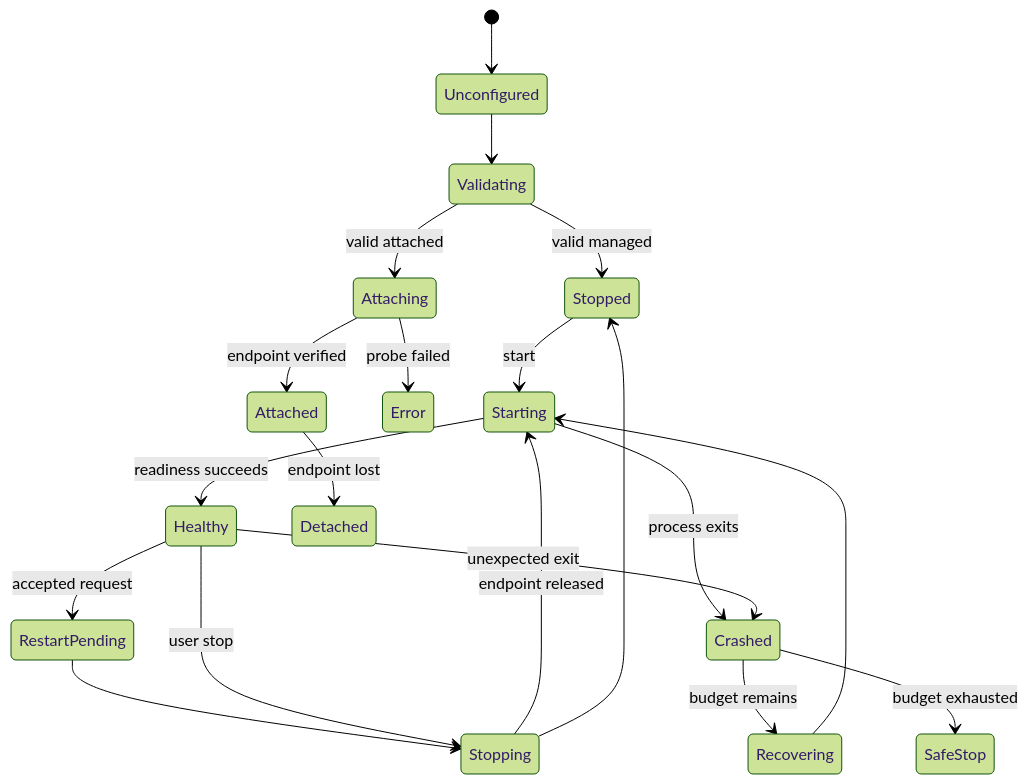
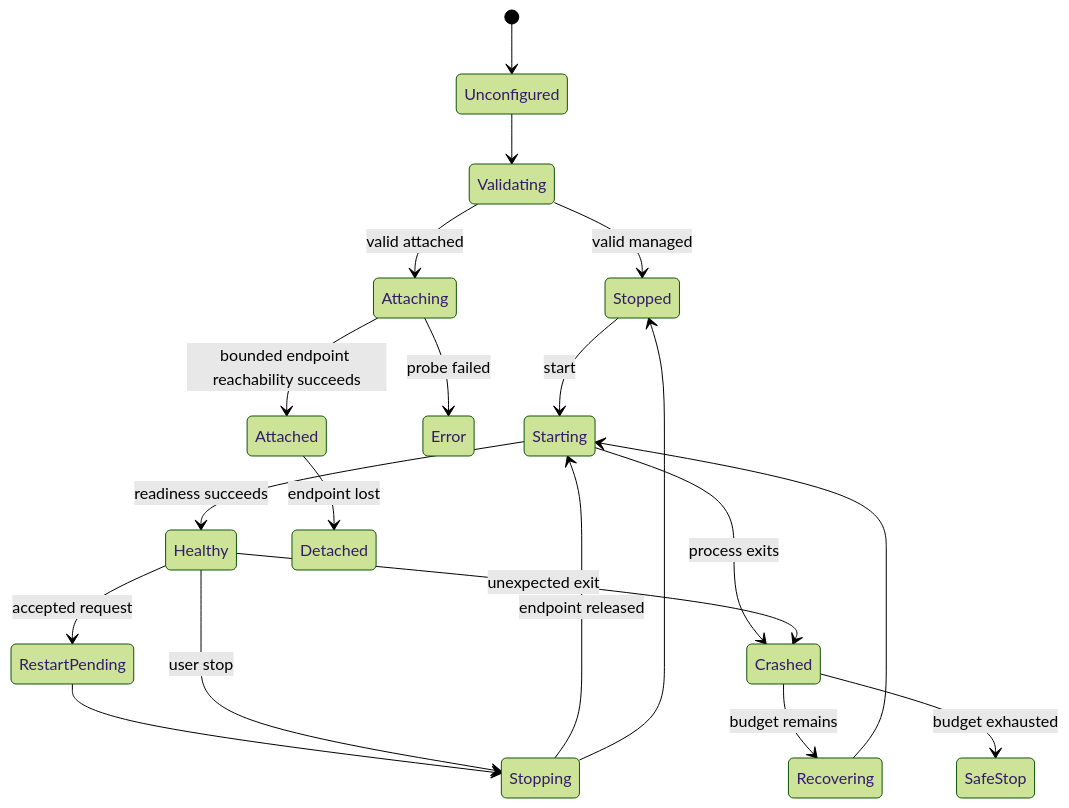
The diagram in docs/architecture/LIFECYCLE.md (Icstick/dsh-desktop-shell), drawn with Mermaid (forest theme) before and after one commit. The commit also changed other lines of this file and 241 other files, not shown here.

````diff
--- a/docs/architecture/LIFECYCLE.md
+++ b/docs/architecture/LIFECYCLE.md
@@ -5,22 +5,22 @@
 ```mermaid
 stateDiagram-v2
     [*] --> Unconfigured
     Unconfigured --> Validating
     Validating --> Stopped: valid managed
     Validating --> Attaching: valid attached
-    Attaching --> Attached: endpoint verified
+    Attaching --> Attached: bounded endpoint reachability succeeds
     Attaching --> Error: probe failed
     Stopped --> Starting: start
     Starting --> Healthy: readiness succeeds
     Starting --> Crashed: process exits
     Healthy --> RestartPending: accepted request
     RestartPending --> Stopping
     Stopping --> Starting: endpoint released
     Healthy --> Crashed: unexpected exit
     Crashed --> Recovering: budget remains
     Recovering --> Starting
     Crashed --> SafeStop: budget exhausted
     Healthy --> Stopping: user stop
     Stopping --> Stopped
     Attached --> Detached: endpoint lost
 ```
````
